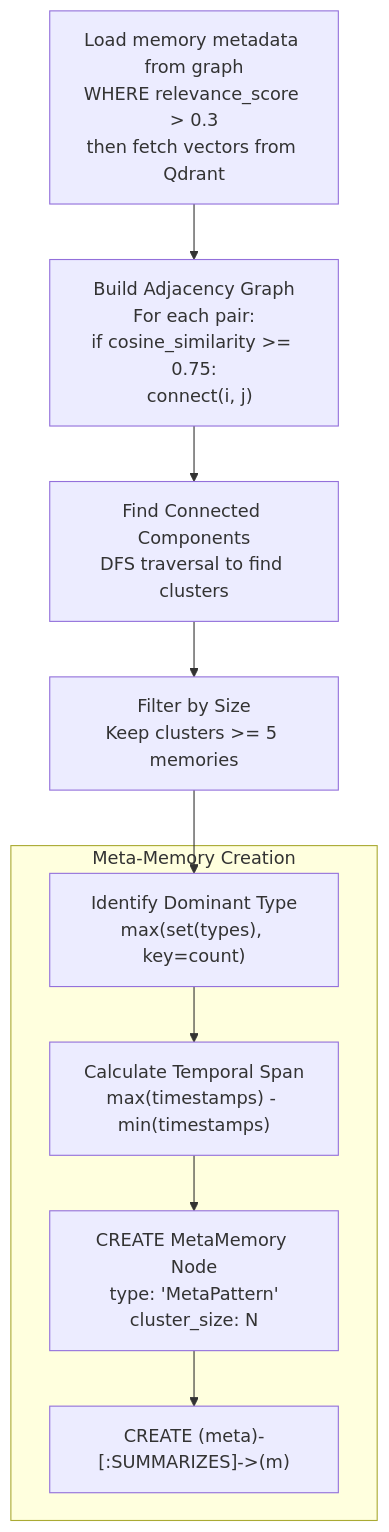
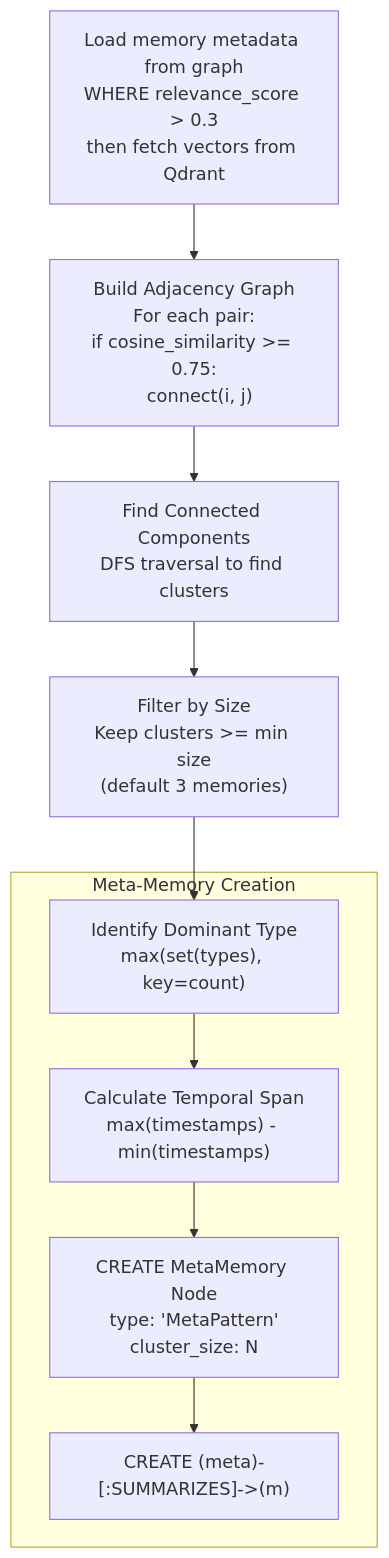
Before and after one commit to verygoodplugins/automem-website: the fourth of 5 diagrams in src/content/docs/docs/core-concepts/consolidation.md, drawn with Mermaid. The commit also changed other lines of this file and 11 other files, not shown here.

````diff
--- a/src/content/docs/docs/core-concepts/consolidation.md
+++ b/src/content/docs/docs/core-concepts/consolidation.md
@@ -262,25 +262,25 @@
 ```mermaid
 graph TB
     Load["Load memory metadata from graph<br/>WHERE relevance_score > 0.3<br/>then fetch vectors from Qdrant"]
 
     Build["Build Adjacency Graph<br/>For each pair:<br/>if cosine_similarity >= 0.75:<br/>  connect(i, j)"]
 
     DFS["Find Connected Components<br/>DFS traversal to find clusters"]
 
-    Filter["Filter by Size<br/>Keep clusters >= 5 memories"]
+    Filter["Filter by Size<br/>Keep clusters >= min size<br/>(default 3 memories)"]
 
     subgraph "Meta-Memory Creation"
         Theme["Identify Dominant Type<br/>max(set(types), key=count)"]
         Span["Calculate Temporal Span<br/>max(timestamps) - min(timestamps)"]
         Create["CREATE MetaMemory Node<br/>type: 'MetaPattern'<br/>cluster_size: N"]
         Link["CREATE (meta)-[:SUMMARIZES]->(m)"]
     end
 
     Load --> Build
     Build --> DFS
     DFS --> Filter
     Filter --> Theme
     Theme --> Span
     Span --> Create
     Create --> Link
 ```
````
